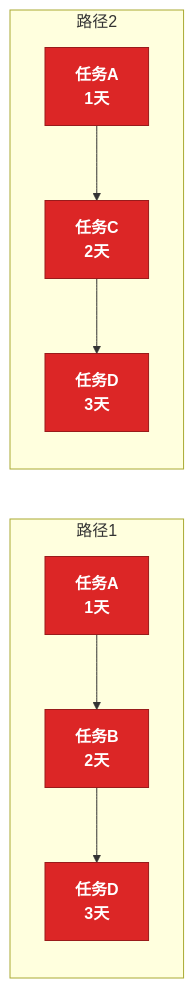
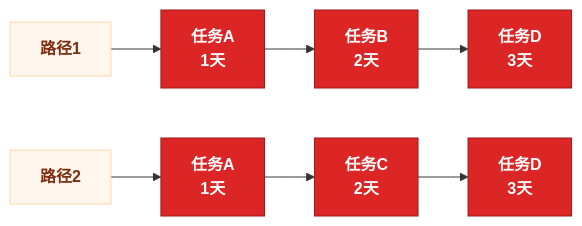
The diagram in references/flowchart-output.md (chengxixi/-demo), drawn with Mermaid before and after one commit. The commit also changed other lines of this file and 1 other file, not shown here.

Commit message:
Force horizontal Mermaid flowcharts

````diff
--- a/references/flowchart-output.md
+++ b/references/flowchart-output.md
@@ -38,14 +38,11 @@
 ```mermaid
 flowchart LR
-  subgraph P1["路径1"]
-    P1_A["任务A<br/>1天"] --> P1_B["任务B<br/>2天"] --> P1_D["任务D<br/>3天"]
-  end
-
-  subgraph P2["路径2"]
-    P2_A["任务A<br/>1天"] --> P2_C["任务C<br/>2天"] --> P2_D["任务D<br/>3天"]
-  end
+  P1_LABEL["路径1"] --> P1_A["任务A<br/>1天"] --> P1_B["任务B<br/>2天"] --> P1_D["任务D<br/>3天"]
+  P2_LABEL["路径2"] --> P2_A["任务A<br/>1天"] --> P2_C["任务C<br/>2天"] --> P2_D["任务D<br/>3天"]
 
   classDef critical fill:#dc2626,stroke:#991b1b,color:#fff,font-weight:bold;
   classDef actual fill:#b91c1c,stroke:#7f1d1d,color:#fff,font-weight:bold;
+  classDef label fill:#fff7ed,stroke:#fed7aa,color:#7c2d12,font-weight:bold;
   class P1_A,P1_B,P1_D,P2_A,P2_C,P2_D critical;
+  class P1_LABEL,P2_LABEL label;
 ```
````
